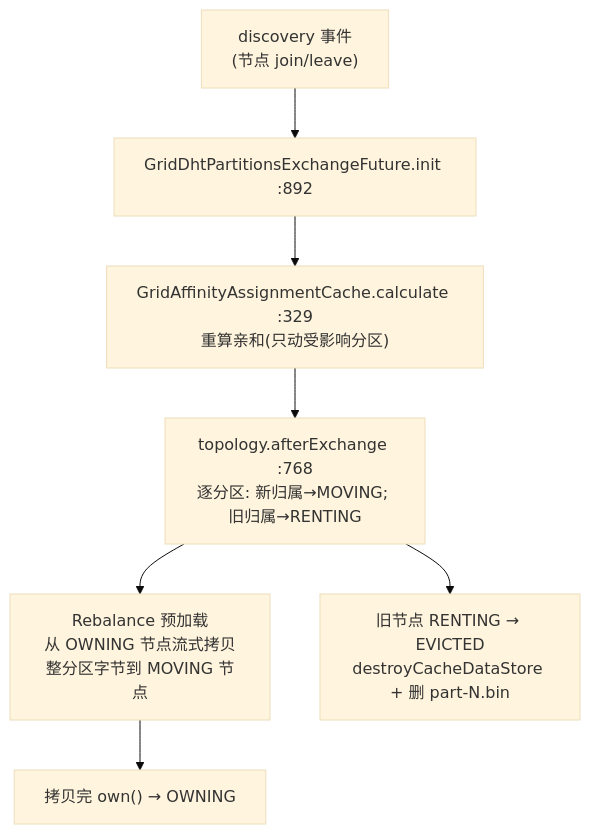
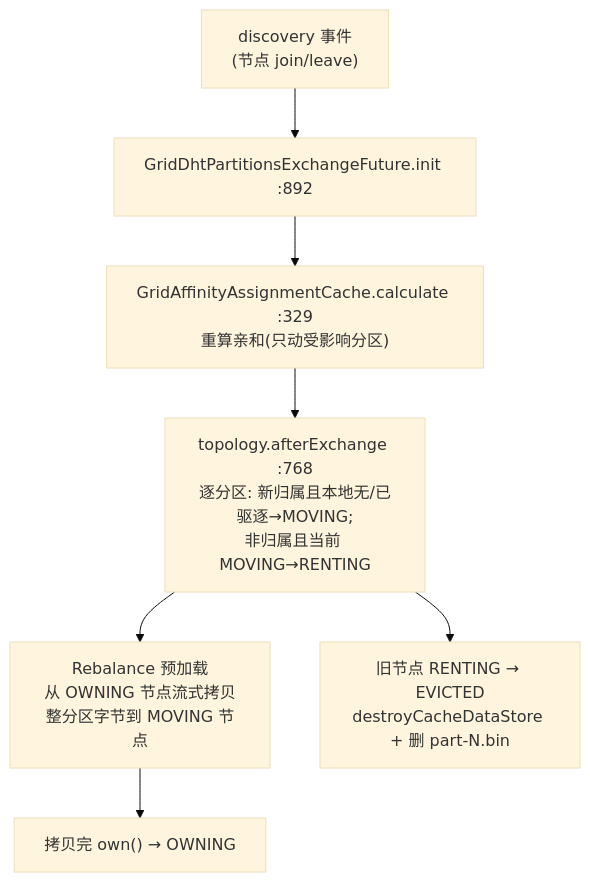
One commit to XianReallyHot-ZZH/Ignite-Research changed the ninth of 14 diagrams in docs-research/03-ignite-storage-layer.md. Above: the diagram before and after it, drawn with Mermaid (base theme). The commit also changed other lines of this file and 3 other files, not shown here.

````diff
--- a/docs-research/03-ignite-storage-layer.md
+++ b/docs-research/03-ignite-storage-layer.md
@@ -544,9 +547,9 @@
 ```mermaid
 flowchart TD
     EVT["discovery 事件<br/>(节点 join/leave)"] --> EX["GridDhtPartitionsExchangeFuture.init :892"]
     EX --> CALC["GridAffinityAssignmentCache.calculate :329<br/>重算亲和(只动受影响分区)"]
-    CALC --> AE["topology.afterExchange :768<br/>逐分区: 新归属→MOVING; 旧归属→RENTING"]
+    CALC --> AE["topology.afterExchange :768<br/>逐分区: 新归属且本地无/已驱逐→MOVING;<br/>非归属且当前 MOVING→RENTING"]
     AE --> RB["Rebalance 预加载<br/>从 OWNING 节点流式拷贝整分区字节到 MOVING 节点"]
     RB --> OWN["拷贝完 own() → OWNING"]
     AE --> EV["旧节点 RENTING → EVICTED<br/>destroyCacheDataStore + 删 part-N.bin"]
 ```
````
